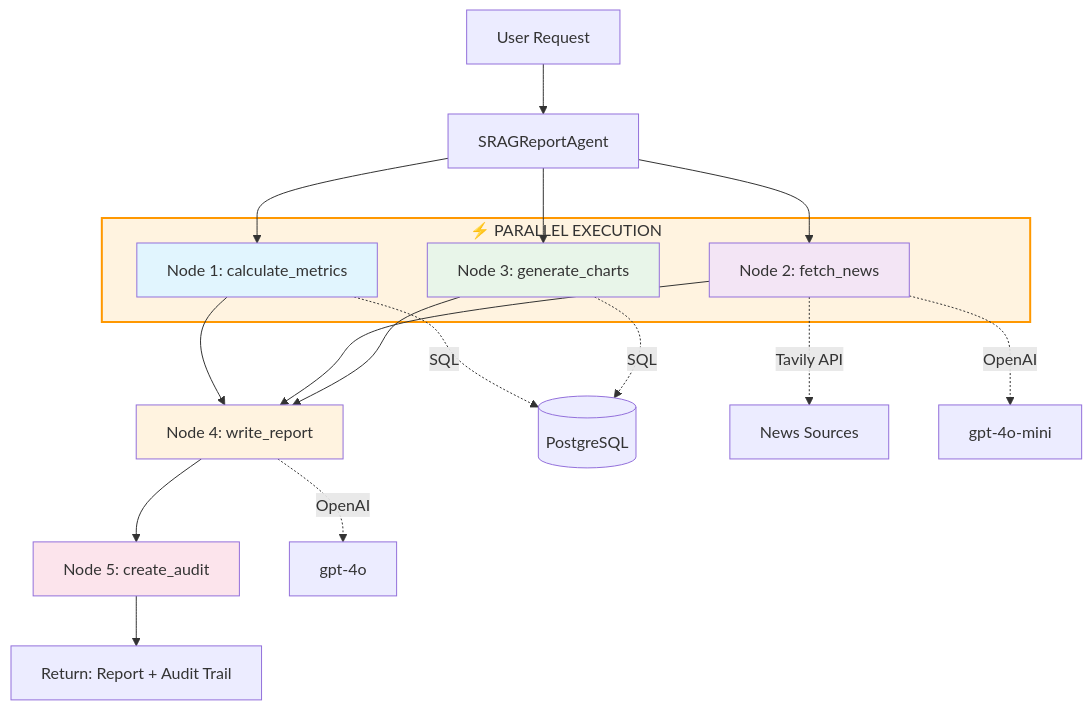
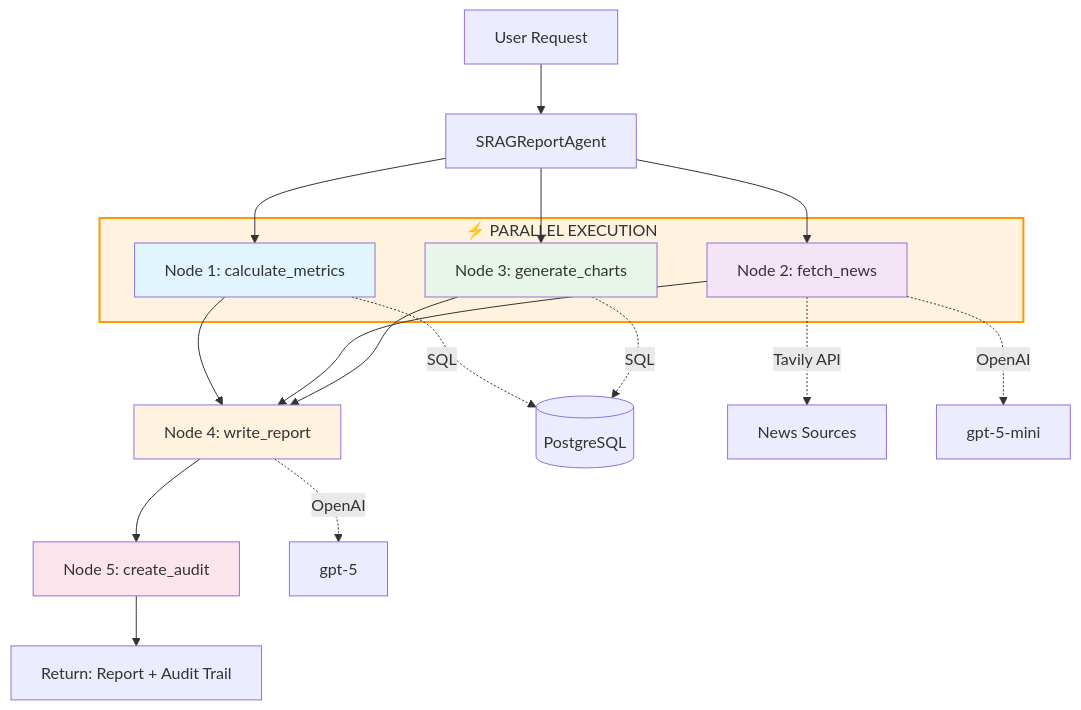
Before and after one commit to guinacio/srag-analytics: the diagram in README.md, drawn with Mermaid. The commit also changed other lines of this file and 9 other files, not shown here.

````diff
--- a/README.md
+++ b/README.md
@@ -59,31 +59,31 @@
 ```mermaid
 graph TD
     A[User Request] --> B[SRAGReportAgent];
     B --> C[Node 1: calculate_metrics];
     B --> D[Node 2: fetch_news];
     B --> E[Node 3: generate_charts];
     C --> F[Node 4: write_report];
     D --> F;
     E --> F;
     F --> G[Node 5: create_audit];
     G --> H[Return: Report + Audit Trail];
 
     C -.SQL.-> DB[(PostgreSQL)];
     D -.Tavily API.-> News[News Sources];
-    D -.OpenAI.-> LLM1[gpt-4o-mini];
+    D -.OpenAI.-> LLM1[gpt-5-mini];
     E -.SQL.-> DB;
-    F -.OpenAI.-> LLM2[gpt-4o];
+    F -.OpenAI.-> LLM2[gpt-5];
 
     subgraph parallel [" ⚡ PARALLEL EXECUTION"]
         C
         D
         E
     end
 
     style C fill:#e1f5fe
     style D fill:#f3e5f5
     style E fill:#e8f5e9
     style F fill:#fff3e0
     style G fill:#fce4ec
     style parallel fill:#fff3e0,stroke:#ff9800,stroke-width:2px
 ```
````
